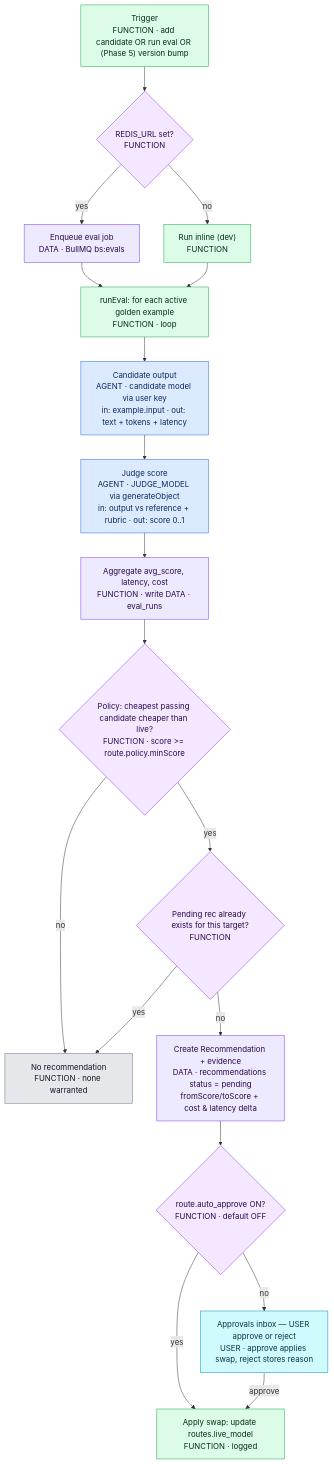
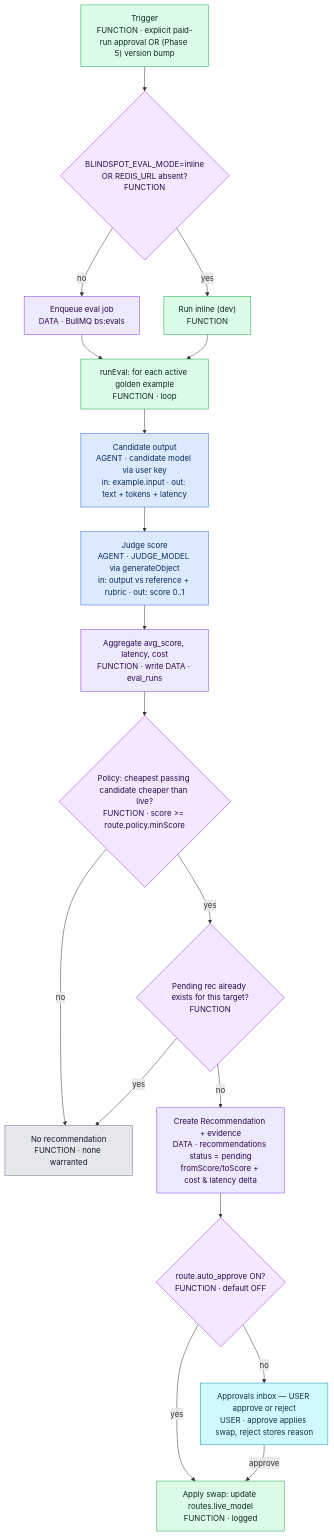
One commit to APareek89/Blindspot_v1 changed the diagram in docs/mermaid/03-eval-recommend.mmd. Above: the diagram before and after it, drawn with Mermaid. The commit also changed 39 other files, not shown here.

```diff
--- a/docs/mermaid/03-eval-recommend.mmd
+++ b/docs/mermaid/03-eval-recommend.mmd
@@ -1,36 +1,38 @@
 %% Blindspot — eval + recommend (PRD §3, §6): back-test a candidate then propose a swap
+%% files: apps/gateway/src/manage/eval.ts, packages/core/src/eval/queue.ts, packages/core/src/eval/runner.ts, packages/core/src/policy.ts
+%% granularity: full
 flowchart TD
-  T["Trigger<br/>FUNCTION · add candidate OR run eval OR (Phase 5) version bump"]:::fn
-  Q{"REDIS_URL set?<br/>FUNCTION"}:::dec
+  T["Trigger<br/>FUNCTION · explicit paid-run approval OR (Phase 5) version bump"]:::fn
+  Q{"BLINDSPOT_EVAL_MODE=inline<br/>OR REDIS_URL absent?<br/>FUNCTION"}:::dec
   EN["Enqueue eval job<br/>DATA · BullMQ bs:evals"]:::data
   IN["Run inline (dev)<br/>FUNCTION"]:::fn
   RUN["runEval: for each active golden example<br/>FUNCTION · loop"]:::fn
   CAND["Candidate output<br/>AGENT · candidate model via user key<br/>in: example.input · out: text + tokens + latency"]:::agent
   JUDGE["Judge score<br/>AGENT · JUDGE_MODEL via generateObject<br/>in: output vs reference + rubric · out: score 0..1"]:::agent
   AGG["Aggregate avg_score, latency, cost<br/>FUNCTION · write DATA · eval_runs"]:::data
   POL{"Policy: cheapest passing candidate cheaper than live?<br/>FUNCTION · score >= route.policy.minScore"}:::dec
   DUP{"Pending rec already exists for this target?<br/>FUNCTION"}:::dec
   REC["Create Recommendation + evidence<br/>DATA · recommendations status = pending<br/>fromScore/toScore + cost & latency delta"]:::data
   AUTO{"route.auto_approve ON?<br/>FUNCTION · default OFF"}:::dec
   APPLY["Apply swap: update routes.live_model<br/>FUNCTION · logged"]:::fn
   INBOX["Approvals inbox — USER approve or reject<br/>USER · approve applies swap, reject stores reason"]:::ask
   STOP["No recommendation<br/>FUNCTION · none warranted"]:::term
 
   T --> Q
-  Q -- "yes" --> EN --> RUN
-  Q -- "no" --> IN --> RUN
+  Q -- "no" --> EN --> RUN
+  Q -- "yes" --> IN --> RUN
   RUN --> CAND --> JUDGE --> AGG --> POL
   POL -- "no" --> STOP
   POL -- "yes" --> DUP
   DUP -- "yes" --> STOP
   DUP -- "no" --> REC --> AUTO
   AUTO -- "yes" --> APPLY
   AUTO -- "no" --> INBOX
   INBOX -- "approve" --> APPLY
 
   classDef agent fill:#dbeafe,stroke:#2563eb,color:#0b2a5b;
   classDef fn fill:#dcfce7,stroke:#16a34a,color:#052e16;
   classDef dec fill:#f3e8ff,stroke:#9333ea,color:#2a0a4a;
   classDef data fill:#ede9fe,stroke:#7c3aed,color:#2a0a4a;
   classDef ask fill:#cffafe,stroke:#0891b2,color:#083344;
   classDef term fill:#e5e7eb,stroke:#6b7280,color:#111827;
```
